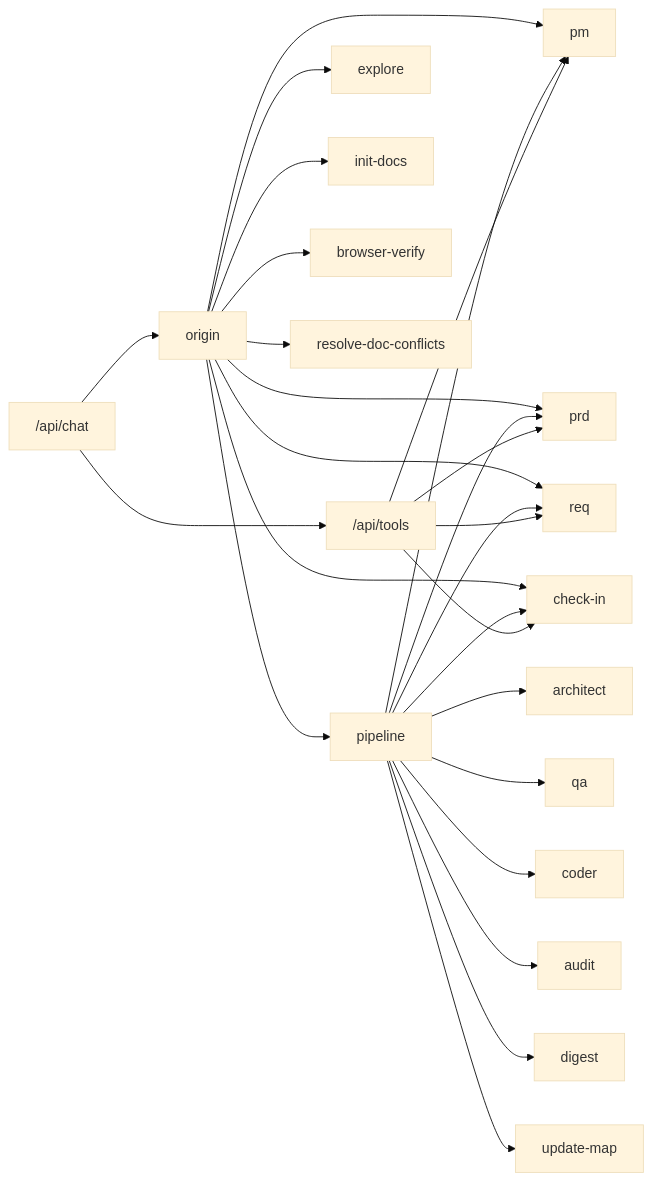
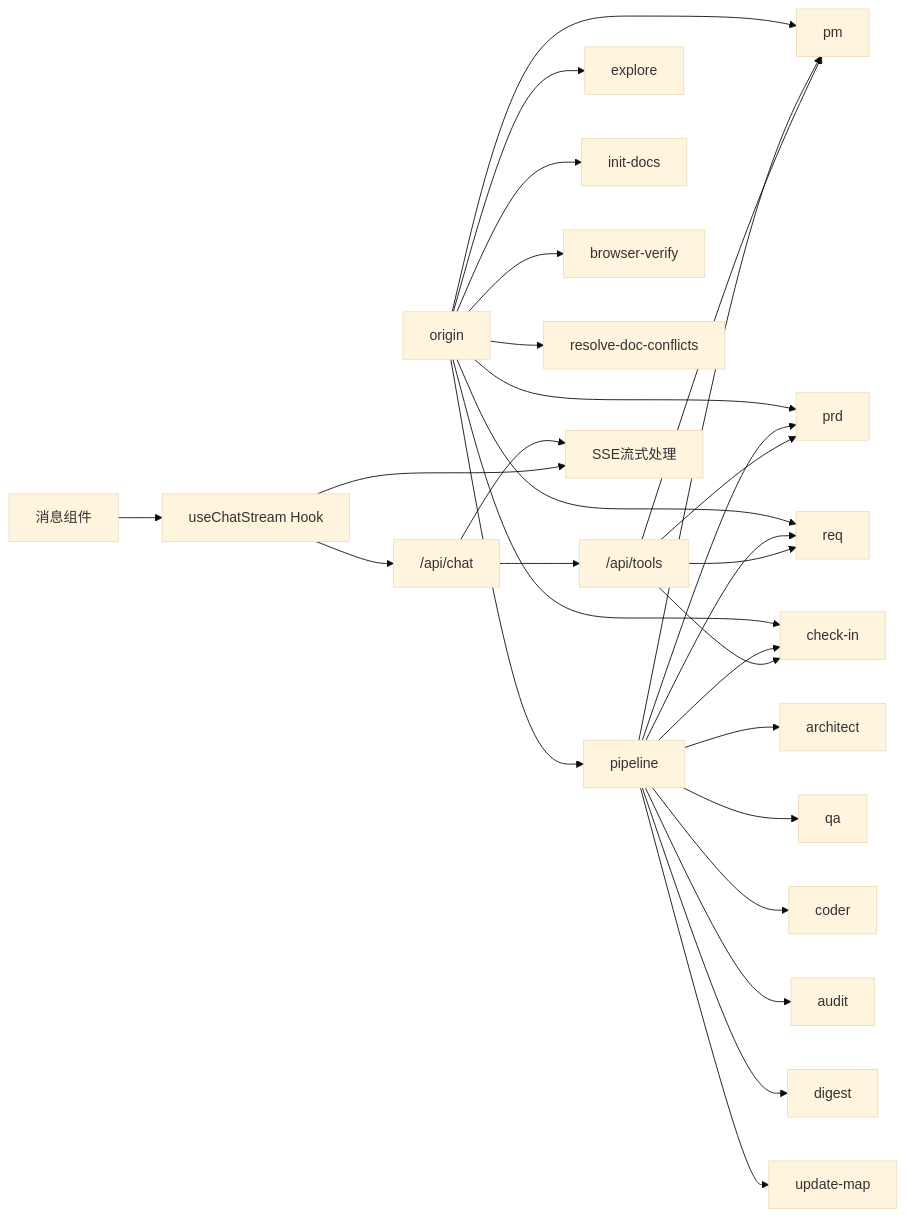
The third of 3 diagrams in .qoder/repowiki/zh/content/API参考文档.md (CryptoLinxu/Web3-AI-Agent), drawn with Mermaid (base theme) before and after one commit. The commit also changed other lines of this file and 5 other files, not shown here.

````diff
--- a/.qoder/repowiki/zh/content/API参考文档.md
+++ b/.qoder/repowiki/zh/content/API参考文档.md
@@ -433,28 +592,31 @@
 ```mermaid
 graph LR
 ORG["origin"] --> PIPE["pipeline"]
 ORG --> PM["pm"]
 ORG --> PRD["prd"]
 ORG --> REQ["req"]
 ORG --> CI["check-in"]
 ORG --> EXP["explore"]
 ORG --> INIT["init-docs"]
 ORG --> BVER["browser-verify"]
 ORG --> RES["resolve-doc-conflicts"]
 PIPE --> PM
 PIPE --> PRD
 PIPE --> REQ
 PIPE --> CI
 PIPE --> ARCH["architect"]
 PIPE --> QA["qa"]
 PIPE --> CODER["coder"]
 PIPE --> AUDIT["audit"]
 PIPE --> DIGEST["digest"]
 PIPE --> UMAP["update-map"]
 CHAT["/api/chat"] --> TOOLS["/api/tools"]
-CHAT --> ORG
+CHAT --> STREAM["SSE流式处理"]
 TOOLS --> PM
 TOOLS --> PRD
 TOOLS --> REQ
 TOOLS --> CI
+HOOK["useChatStream Hook"] --> CHAT
+HOOK --> STREAM
+COMP["消息组件"] --> HOOK
 ```
````
